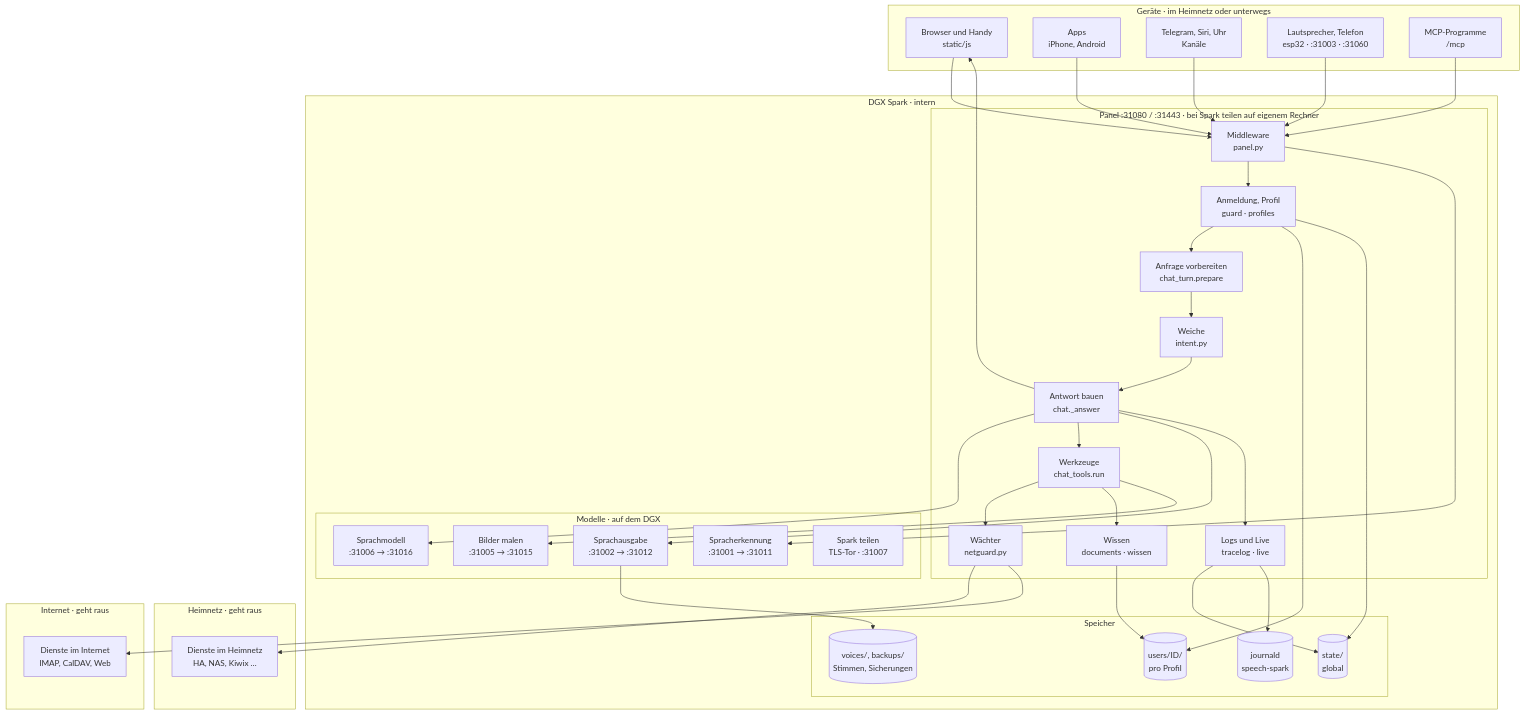
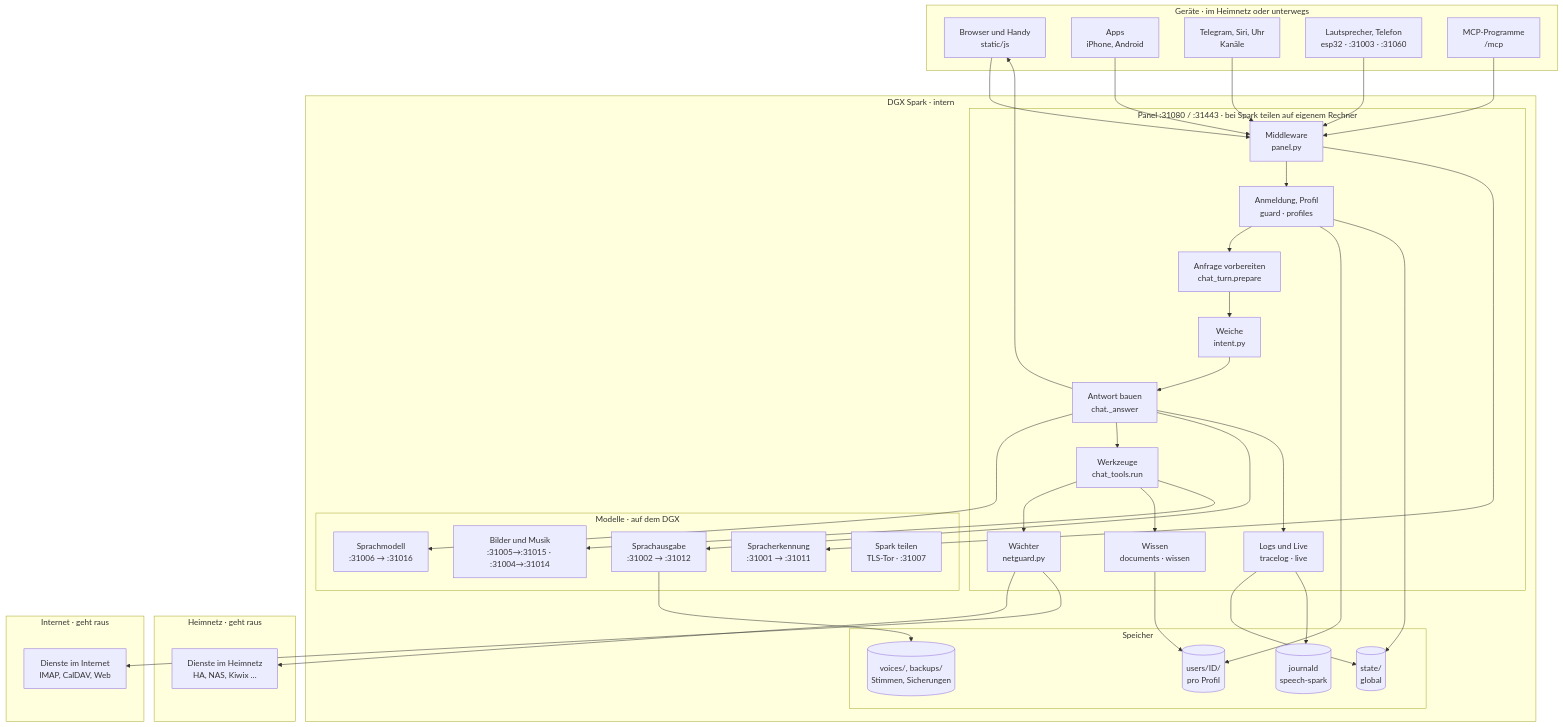
The first of 26 diagrams in docs/de/architektur.md (db9979/speech-on-dgx-spark), drawn with Mermaid before and after one commit. The commit also changed other lines of this file and 46 other files, not shown here.

````diff
--- a/docs/de/architektur.md
+++ b/docs/de/architektur.md
@@ -16,68 +16,68 @@
 ```mermaid
 flowchart TB
   subgraph z_geraete["Geräte · im Heimnetz oder unterwegs"]
     geraet["Browser und Handy<br/>static/js"]
     apps["Apps<br/>iPhone, Android"]
     kanaele["Telegram, Siri, Uhr<br/>Kanäle"]
     lautsprecher["Lautsprecher, Telefon<br/>esp32 · :31003 · :31060"]
     mcpc["MCP-Programme<br/>/mcp"]
   end
   subgraph z_spark["DGX Spark · intern"]
     subgraph z_panel["Panel :31080 / :31443 · bei Spark teilen auf eigenem Rechner"]
       middleware["Middleware<br/>panel.py"]
       zugang["Anmeldung, Profil<br/>guard · profiles"]
       vorbereiten["Anfrage vorbereiten<br/>chat_turn.prepare"]
       weiche["Weiche<br/>intent.py"]
       antwort["Antwort bauen<br/>chat._answer"]
       werkzeuge["Werkzeuge<br/>chat_tools.run"]
       wissen["Wissen<br/>documents · wissen"]
       waechter["Wächter<br/>netguard.py"]
       betrieb["Logs und Live<br/>tracelog · live"]
     end
     subgraph z_modelle["Modelle · auf dem DGX"]
       llm["Sprachmodell<br/>:31006 → :31016"]
       asr["Spracherkennung<br/>:31001 → :31011"]
       tts["Sprachausgabe<br/>:31002 → :31012"]
-      bild["Bilder malen<br/>:31005 → :31015"]
+      bild["Bilder und Musik<br/>:31005→:31015 · :31004→:31014"]
       teilen["Spark teilen<br/>TLS-Tor · :31007"]
     end
     subgraph z_speicher["Speicher"]
       state[("state/<br/>global")]
       users[("users/ID/<br/>pro Profil")]
       ablage[("voices/, backups/<br/>Stimmen, Sicherungen")]
       journal[("journald<br/>speech-spark")]
     end
   end
   subgraph z_heimnetz["Heimnetz · geht raus"]
     aussen["Dienste im Heimnetz<br/>HA, NAS, Kiwix …"]
   end
   subgraph z_internet["Internet · geht raus"]
     internet["Dienste im Internet<br/>IMAP, CalDAV, Web"]
   end
   geraet --> middleware
   apps --> middleware
   kanaele --> middleware
   lautsprecher --> middleware
   mcpc --> middleware
   middleware --> zugang
   middleware --> asr
   zugang --> vorbereiten
   vorbereiten --> weiche
   weiche --> antwort
   antwort --> llm
   antwort --> werkzeuge
   werkzeuge --> waechter
   waechter --> aussen
   waechter --> internet
   werkzeuge --> wissen
   antwort --> tts
   werkzeuge --> bild
   antwort --> geraet
   antwort --> betrieb
   betrieb --> state
   betrieb --> journal
   wissen --> users
   zugang --> users
   zugang --> state
   tts --> ablage
 ```
````
